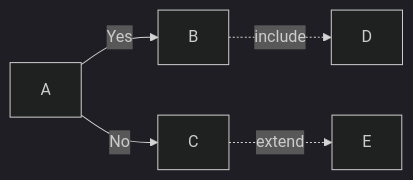
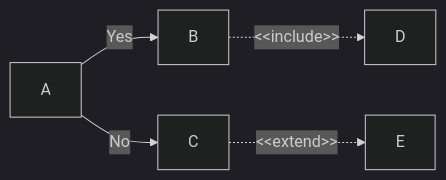
The fourth of 51 diagrams in plugins/sdd-workflow/shared/references/mermaid_notation_rules.md (ToshikiImagawa/ai-sdd-workflow), drawn with Mermaid before and after one commit. The commit also changed other lines of this file and 48 other files, not shown here.

First line of the commit message:
v3.0.1: Mermaid記法のUML標準準拠とsdd-init設定管理機能の追加 (#35)

````diff
--- a/plugins/sdd-workflow/shared/references/mermaid_notation_rules.md
+++ b/plugins/sdd-workflow/shared/references/mermaid_notation_rules.md
@@ -90,8 +93,8 @@
 ```mermaid
 %%{init: {'theme': 'dark'}}%%
 flowchart LR
     A -->|Yes| B
     A -->|No| C
-    B -. include .-> D
-    C -. extend .-> E
+    B -.->|"&lt;&lt;include&gt;&gt;"| D
+    C -.->|"&lt;&lt;extend&gt;&gt;"| E
 ```
````
